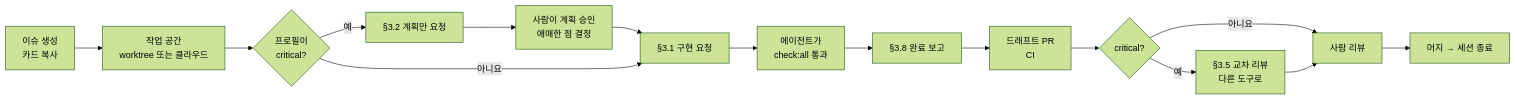
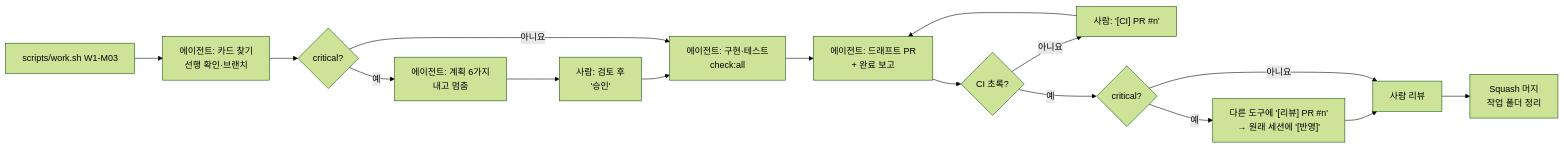
Before and after one commit to zzz664/trot-you: the diagram in docs/11_agent_playbook.md, drawn with Mermaid (forest theme). The commit also changed other lines of this file and 50 other files, not shown here.

````diff
--- a/docs/11_agent_playbook.md
+++ b/docs/11_agent_playbook.md
@@ -27,14 +45,14 @@
 ```mermaid
 flowchart LR
-    I[이슈 생성<br/>카드 복사] --> W[작업 공간<br/>worktree 또는 클라우드]
-    W --> C{프로필이<br/>critical?}
-    C -- 예 --> PL[§3.2 계획만 요청] --> AP[사람이 계획 승인<br/>애매한 점 결정] --> IM
-    C -- 아니요 --> IM[§3.1 구현 요청]
-    IM --> CK[에이전트가<br/>check:all 통과]
-    CK --> RP[§3.8 완료 보고]
-    RP --> PR[드래프트 PR<br/>CI]
-    PR --> XR{critical?}
-    XR -- 예 --> CR[§3.5 교차 리뷰<br/>다른 도구로]
-    XR -- 아니요 --> HR
-    CR --> HR[사람 리뷰] --> M[머지 → 세션 종료]
+    S["scripts/work.sh W1-M03"] --> A[에이전트: 카드 찾기<br/>선행 확인·브랜치]
+    A --> C{critical?}
+    C -- 예 --> PL[에이전트: 계획 6가지<br/>내고 멈춤] --> AP[사람: 검토 후<br/>'승인']
+    AP --> IM
+    C -- 아니요 --> IM[에이전트: 구현·테스트<br/>check:all]
+    IM --> RP[에이전트: 드래프트 PR<br/>+ 완료 보고]
+    RP --> CI{CI 초록?}
+    CI -- 아니요 --> FX["사람: '[CI] PR #n'"] --> RP
+    CI -- 예 --> XR{critical?}
+    XR -- 예 --> CR["다른 도구에 '[리뷰] PR #n'<br/>→ 원래 세션에 '[반영]'"] --> HR
+    XR -- 아니요 --> HR[사람 리뷰] --> M[Squash 머지<br/>작업 폴더 정리]
 ```
````
